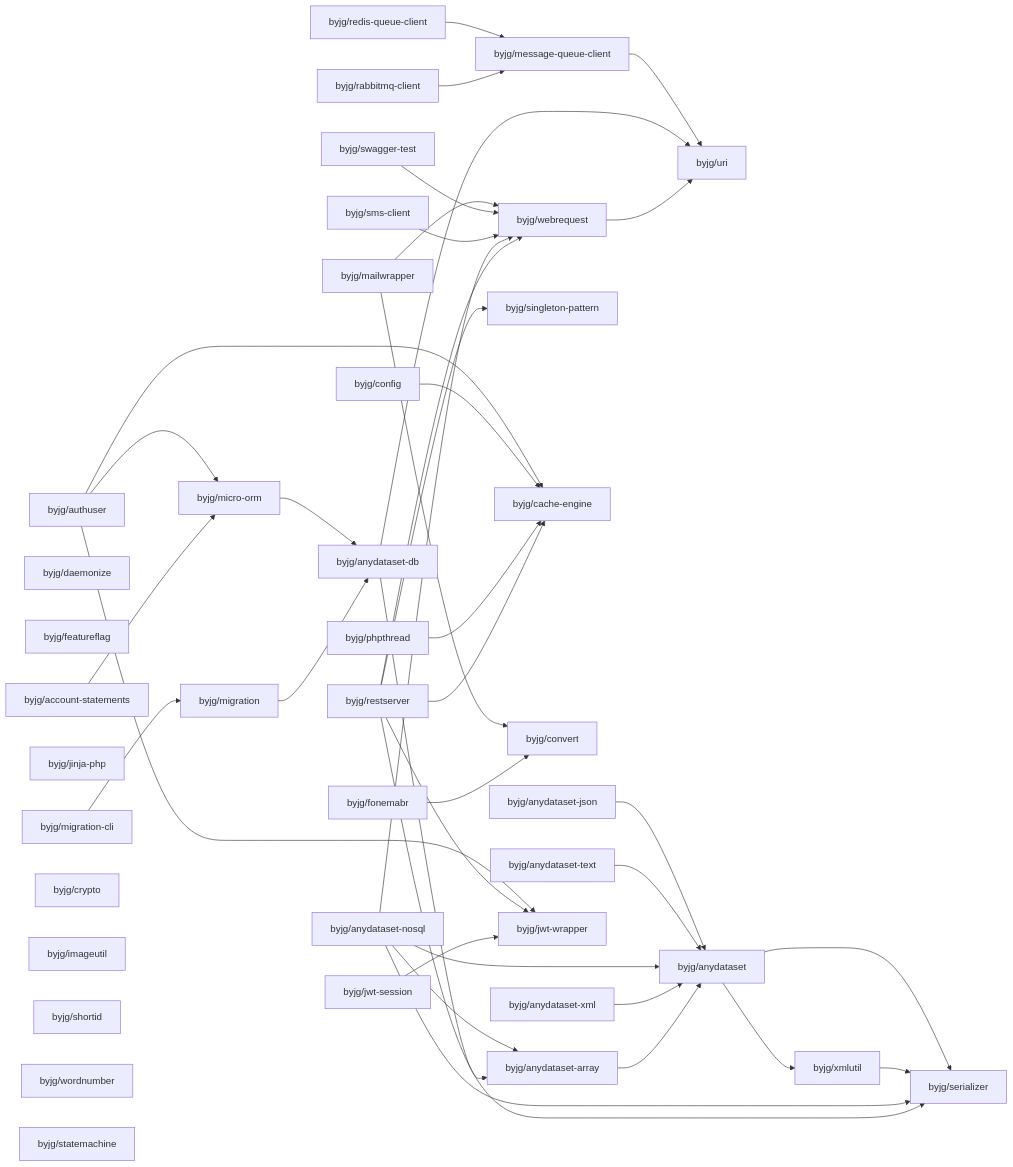
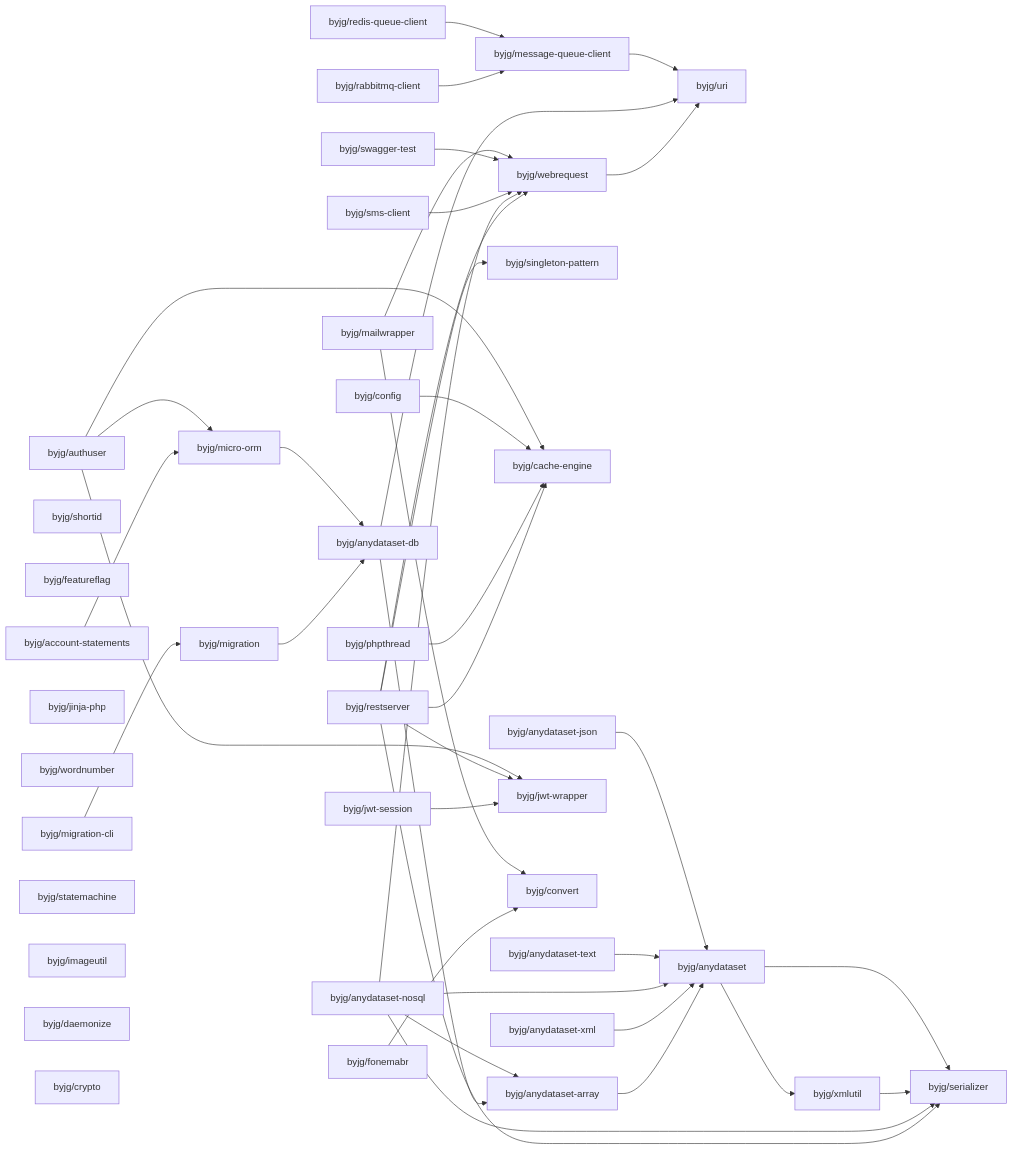
One commit to byjg/byjg.github.io changed the diagram in docs/php/README.md. Above: the diagram before and after it, drawn with Mermaid. The commit also changed other lines of this file and 17 other files, not shown here.

````diff
--- a/docs/php/README.md
+++ b/docs/php/README.md
@@ -3,79 +3,79 @@
 ```mermaid
 graph LR;
+  byjg/rabbitmq-client;
   byjg/restserver;
+  byjg/account-statements;
+  byjg/shortid;
+  byjg/anydataset-nosql;
+  byjg/config;
   byjg/anydataset-xml;
-  byjg/migration-cli;
-  byjg/phpthread;
-  byjg/redis-queue-client;
-  byjg/anydataset-json;
-  byjg/mailwrapper;
-  byjg/daemonize;
   byjg/featureflag;
+  byjg/anydataset-text;
   byjg/authuser;
   byjg/jinja-php;
-  byjg/anydataset-nosql;
-  byjg/account-statements;
+  byjg/phpthread;
+  byjg/wordnumber;
+  byjg/migration-cli;
+  byjg/statemachine;
+  byjg/swagger-test;
+  byjg/imageutil;
+  byjg/redis-queue-client;
+  byjg/daemonize;
+  byjg/anydataset-json;
+  byjg/jwt-session;
+  byjg/sms-client;
+  byjg/fonemabr;
+  byjg/mailwrapper;
   byjg/crypto;
-  byjg/config;
-  byjg/imageutil;
-  byjg/swagger-test;
-  byjg/shortid;
-  byjg/fonemabr;
-  byjg/rabbitmq-client;
-  byjg/wordnumber;
-  byjg/anydataset-text;
-  byjg/sms-client;
-  byjg/statemachine;
-  byjg/jwt-session;
   byjg/singleton-pattern;
-  byjg/migration;
   byjg/micro-orm;
   byjg/cache-engine;
+  byjg/migration;
+  byjg/message-queue-client;
+  byjg/jwt-wrapper;
   byjg/convert;
-  byjg/message-queue-client;
   byjg/webrequest;
-  byjg/jwt-wrapper;
   byjg/anydataset-db;
   byjg/anydataset-array;
   byjg/uri;
   byjg/anydataset;
   byjg/xmlutil;
   byjg/serializer;
   byjg/account-statements --> byjg/micro-orm;
   byjg/fonemabr --> byjg/convert;
   byjg/webrequest --> byjg/uri;
   byjg/anydataset-array --> byjg/anydataset;
   byjg/anydataset-xml --> byjg/anydataset;
   byjg/rabbitmq-client --> byjg/message-queue-client;
   byjg/redis-queue-client --> byjg/message-queue-client;
   byjg/jwt-session --> byjg/jwt-wrapper;
   byjg/anydataset-db --> byjg/anydataset-array;
   byjg/anydataset-db --> byjg/uri;
   byjg/restserver --> byjg/serializer;
   byjg/restserver --> byjg/singleton-pattern;
   byjg/restserver --> byjg/cache-engine;
   byjg/restserver --> byjg/webrequest;
   byjg/restserver --> byjg/jwt-wrapper;
   byjg/migration --> byjg/anydataset-db;
   byjg/anydataset-nosql --> byjg/anydataset;
   byjg/anydataset-nosql --> byjg/anydataset-array;
   byjg/anydataset-nosql --> byjg/serializer;
   byjg/anydataset-nosql --> byjg/webrequest;
   byjg/phpthread --> byjg/cache-engine;
   byjg/sms-client --> byjg/webrequest;
   byjg/swagger-test --> byjg/webrequest;
   byjg/migration-cli --> byjg/migration;
   byjg/config --> byjg/cache-engine;
   byjg/anydataset-text --> byjg/anydataset;
   byjg/micro-orm --> byjg/anydataset-db;
   byjg/authuser --> byjg/micro-orm;
   byjg/authuser --> byjg/cache-engine;
   byjg/authuser --> byjg/jwt-wrapper;
   byjg/anydataset-json --> byjg/anydataset;
   byjg/mailwrapper --> byjg/convert;
   byjg/mailwrapper --> byjg/webrequest;
   byjg/xmlutil --> byjg/serializer;
   byjg/anydataset --> byjg/serializer;
   byjg/anydataset --> byjg/xmlutil;
   byjg/message-queue-client --> byjg/uri;
 ```
````
